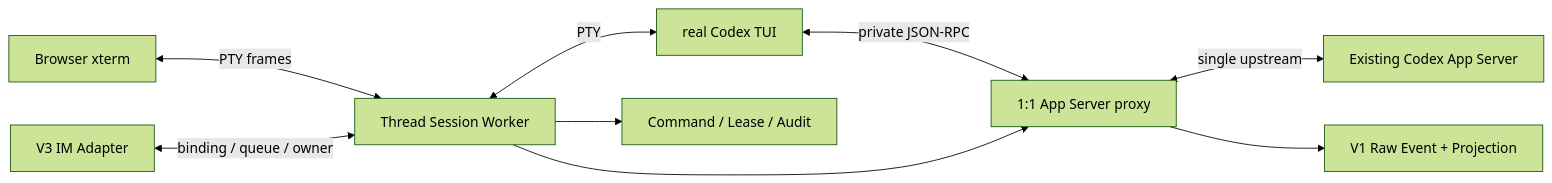
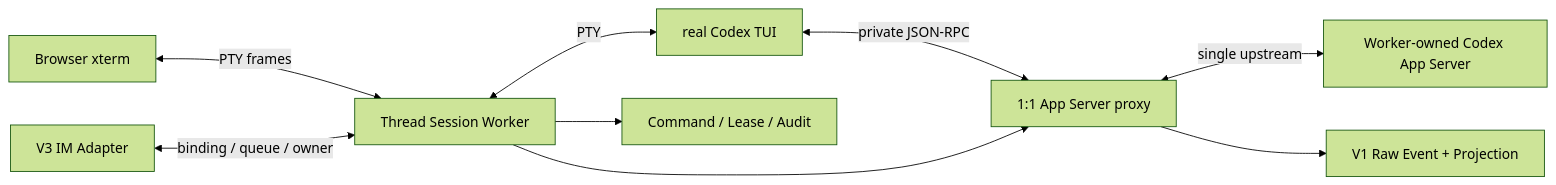
The diagram in docs/codex-local-gateway-v2-development-constraints.md (windsyu/codex-plugin), drawn with Mermaid (forest theme) before and after one commit. The commit also changed other lines of this file and 36 other files, not shown here.

Commit message:
feat: run official CLI sessions with worker-owned app servers

````diff
--- a/docs/codex-local-gateway-v2-development-constraints.md
+++ b/docs/codex-local-gateway-v2-development-constraints.md
@@ -104,11 +104,11 @@
 ```mermaid
 flowchart LR
     WEB["Browser xterm"] <-->|"PTY frames"| WORKER["Thread Session Worker"]
     IM["V3 IM Adapter"] <-->|"binding / queue / owner"| WORKER
     WORKER <-->|"PTY"| TUI["real Codex TUI"]
     TUI <-->|"private JSON-RPC"| PROXY["1:1 App Server proxy"]
     WORKER --> PROXY
-    PROXY <-->|"single upstream"| APP["Existing Codex App Server"]
+    PROXY <-->|"single upstream"| APP["Worker-owned Codex App Server"]
     PROXY --> RAW["V1 Raw Event + Projection"]
     WORKER --> AUDIT["Command / Lease / Audit"]
 ```
````
